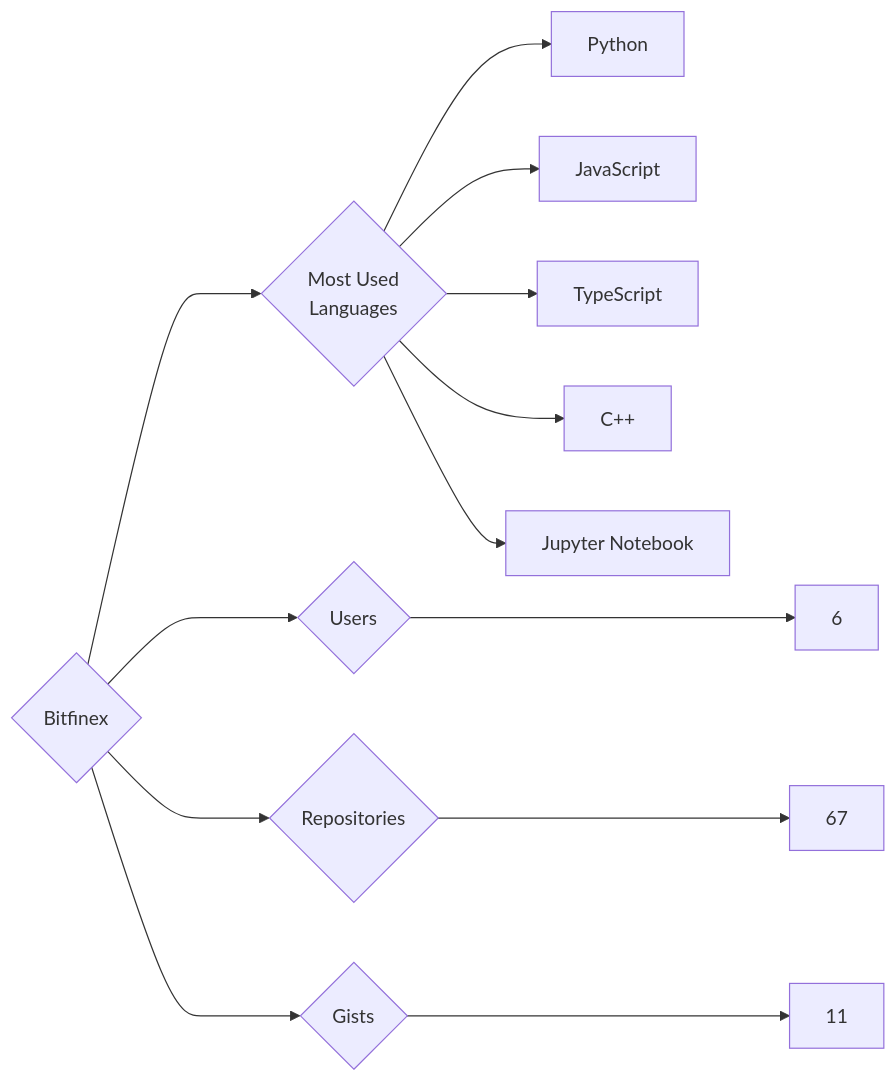
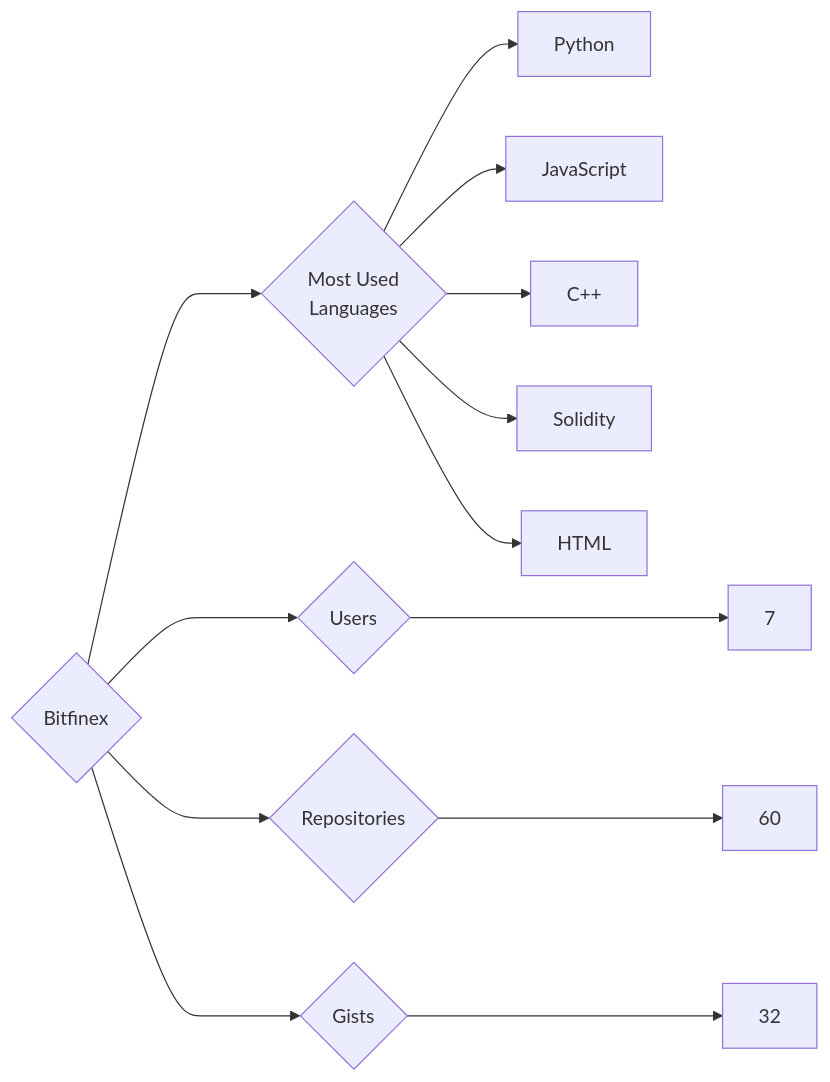
Before and after one commit to trickest/insiders: the diagram in targets/Bitfinex/README.md, drawn with Mermaid. The commit also changed 1092 other files, not shown here.

````diff
--- a/targets/Bitfinex/README.md
+++ b/targets/Bitfinex/README.md
@@ -3,13 +3,13 @@
 ```mermaid
 graph LR
 COMPANY_NAME{Bitfinex}
-COMPANY_NAME ---> U{Users} ---> UN[6]
-COMPANY_NAME ---> R{Repositories} ---> RN[67]
-COMPANY_NAME ---> G{Gists} ---> GN[11]
+COMPANY_NAME ---> U{Users} ---> UN[7]
+COMPANY_NAME ---> R{Repositories} ---> RN[60]
+COMPANY_NAME ---> G{Gists} ---> GN[32]
 COMPANY_NAME ---> ML{Most Used<br>Languages}
 ML --> Python[Python]
 ML --> JavaScript[JavaScript]
-ML --> TypeScript[TypeScript]
 ML --> C++[C++]
-ML --> Jupyter_Notebook[Jupyter Notebook]
+ML --> Solidity[Solidity]
+ML --> HTML[HTML]
 ```
````
